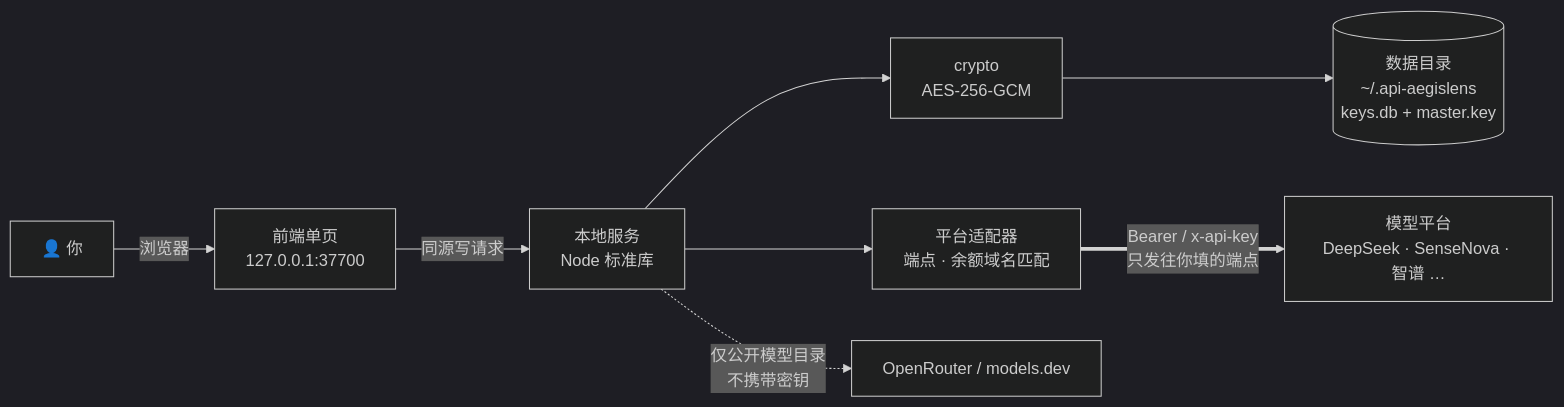
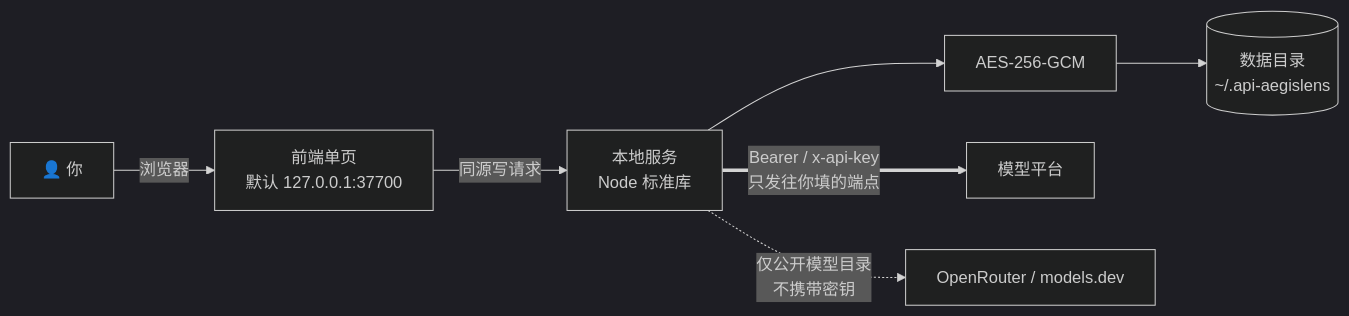
One commit to YYY-HUB-SYS/API-AegisLens changed the diagram in README.md. Above: the diagram before and after it, drawn with Mermaid (dark theme). The commit also changed other lines of this file and 8 other files, not shown here.

````diff
--- a/README.md
+++ b/README.md
@@ -169,10 +122,8 @@
 ```mermaid
 flowchart LR
-  U["👤 你"] -->|浏览器| B["前端单页<br/>127.0.0.1:37700"]
-  B -->|"同源写请求"| S["本地服务<br/>Node 标准库"]
-  S --> C["crypto<br/>AES-256-GCM"]
-  C --> D[("数据目录<br/>~/.api-aegislens<br/>keys.db + master.key")]
-  S --> A["平台适配器<br/>端点 · 余额域名匹配"]
-  A ==>|"Bearer / x-api-key<br/>只发往你填的端点"| P["模型平台<br/>DeepSeek · SenseNova · 智谱 …"]
-  S -.->|"仅公开模型目录<br/>不携带密钥"| E["OpenRouter / models.dev"]
+  U["👤 你"] -->|浏览器| B["前端单页<br/>默认 127.0.0.1:37700"]
+  B -->|同源写请求| S["本地服务<br/>Node 标准库"]
+  S --> C["AES-256-GCM"] --> D[("数据目录<br/>~/.api-aegislens")]
+  S ==>|"Bearer / x-api-key<br/>只发往你填的端点"| P["模型平台"]
+  S -.->|仅公开模型目录<br/>不携带密钥| E["OpenRouter / models.dev"]
 ```
````
